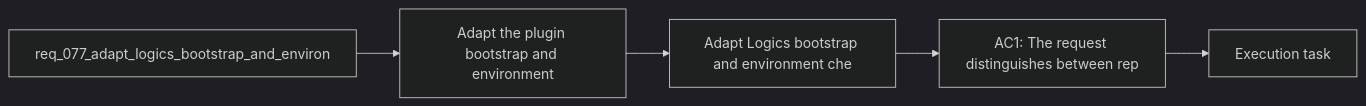
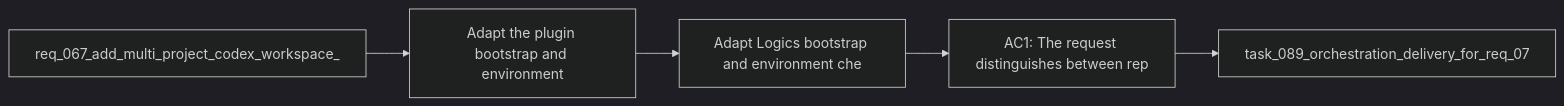
Before and after one commit to AlexAgo83/logics-manager: the diagram in logics/backlog/item_100_adapt_logics_bootstrap_and_environment_checks_to_codex_workspace_overlays.md, drawn with Mermaid (dark theme). The commit also changed other lines of this file and 481 other files, not shown here.

````diff
--- a/logics/backlog/item_100_adapt_logics_bootstrap_and_environment_checks_to_codex_workspace_overlays.md
+++ b/logics/backlog/item_100_adapt_logics_bootstrap_and_environment_checks_to_codex_workspace_overlays.md
@@ -22,9 +22,9 @@
 ```mermaid
 %% logics-kind: backlog
 %% logics-signature: backlog|adapt-logics-bootstrap-and-environment-c|req-067-add-multi-project-codex-workspac|adapt-the-plugin-bootstrap-and-environme|ac1-the-request-distinguishes-between-re
 flowchart LR
-    Request[req_077_adapt_logics_bootstrap_and_environ] --> Problem[Adapt the plugin bootstrap and environment]
+    Request[req_067_add_multi_project_codex_workspace_] --> Problem[Adapt the plugin bootstrap and environment]
     Problem --> Scope[Adapt Logics bootstrap and environment che]
     Scope --> Acceptance[AC1: The request distinguishes between rep]
-    Acceptance --> Tasks[Execution task]
+    Acceptance --> Tasks[task_089_orchestration_delivery_for_req_07]
 ```
````
